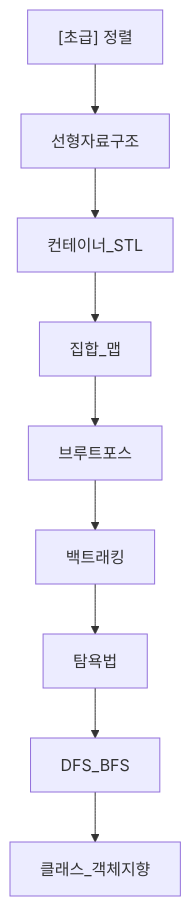
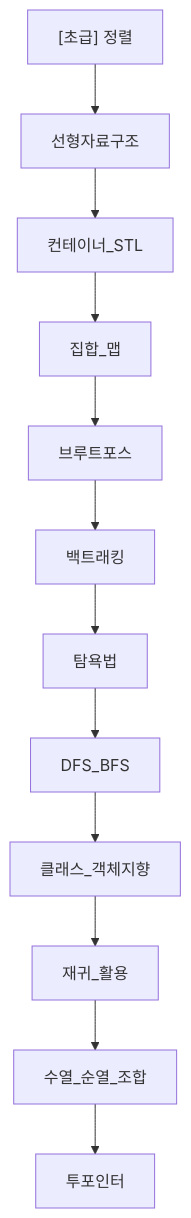
One commit to PurpleJuice44/webgorithms changed the second of 4 diagrams in 목차.md. Above: the diagram before and after it, drawn with Mermaid. The commit also changed other lines of this file and 3 other files, not shown here.

````diff
--- a/목차.md
+++ b/목차.md
@@ -47,11 +50,14 @@
 ```mermaid
 flowchart TD
     S["[초급] 정렬"] --> L["선형자료구조"]
     L --> C["컨테이너_STL"]
     C --> M["집합_맵"]
     M --> B["브루트포스"]
     B --> BT["백트래킹"]
     BT --> G["탐욕법"]
     G --> D["DFS_BFS"]
     D --> O["클래스_객체지향"]
+    O --> R["재귀_활용"]
+    R --> P["수열_순열_조합"]
+    P --> T["투포인터"]
 ```
````
